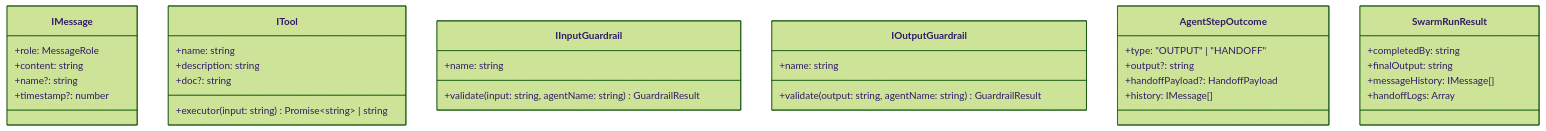
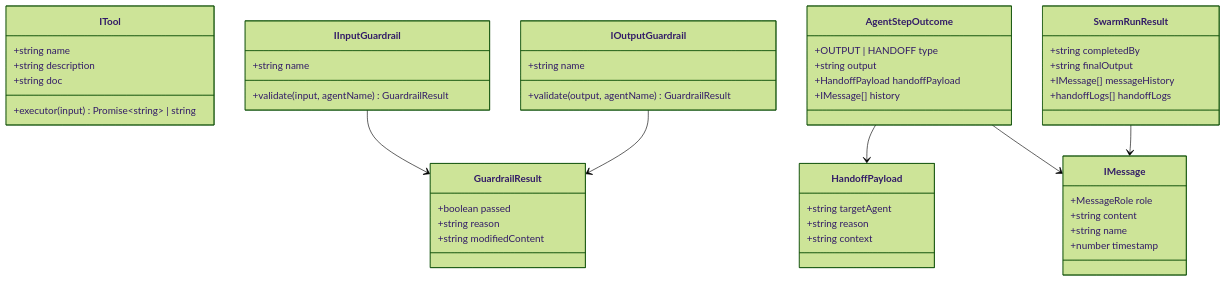
One commit to Amie-dev/Gen-AI-Cohort-2026 changed the diagram in week04/learning/day08/code/agent-sdk-advanced/implementation guide/chapter-00-overview-setup.md. Above: the diagram before and after it, drawn with Mermaid (forest theme). The commit also changed other lines of this file and 6 other files, not shown here.

````diff
--- a/week04/learning/day08/code/agent-sdk-advanced/implementation guide/chapter-00-overview-setup.md
+++ b/week04/learning/day08/code/agent-sdk-advanced/implementation guide/chapter-00-overview-setup.md
@@ -162,40 +1818,59 @@
 ```mermaid
 classDiagram
+
     class IMessage {
-        +role: MessageRole
-        +content: string
-        +name?: string
-        +timestamp?: number
+        +MessageRole role
+        +string content
+        +string name
+        +number timestamp
     }
 
     class ITool {
-        +name: string
-        +description: string
-        +doc?: string
-        +executor(input: string) Promise~string~ | string
+        +string name
+        +string description
+        +string doc
+        +executor(input) Promise~string~ | string
     }
 
     class IInputGuardrail {
-        +name: string
-        +validate(input: string, agentName: string) GuardrailResult
+        +string name
+        +validate(input, agentName) GuardrailResult
     }
 
     class IOutputGuardrail {
-        +name: string
-        +validate(output: string, agentName: string) GuardrailResult
+        +string name
+        +validate(output, agentName) GuardrailResult
+    }
+
+    class GuardrailResult {
+        +boolean passed
+        +string reason
+        +string modifiedContent
+    }
+
+    class HandoffPayload {
+        +string targetAgent
+        +string reason
+        +string context
     }
 
     class AgentStepOutcome {
-        +type: "OUTPUT" | "HANDOFF"
-        +output?: string
-        +handoffPayload?: HandoffPayload
-        +history: IMessage[]
+        +OUTPUT | HANDOFF type
+        +string output
+        +HandoffPayload handoffPayload
+        +IMessage[] history
     }
 
     class SwarmRunResult {
-        +completedBy: string
-        +finalOutput: string
-        +messageHistory: IMessage[]
-        +handoffLogs: Array
+        +string completedBy
+        +string finalOutput
+        +IMessage[] messageHistory
+        +handoffLogs[] handoffLogs
     }
+
+    IInputGuardrail --> GuardrailResult
+    IOutputGuardrail --> GuardrailResult
+    AgentStepOutcome --> HandoffPayload
+    AgentStepOutcome --> IMessage
+    SwarmRunResult --> IMessage
 ```
````
